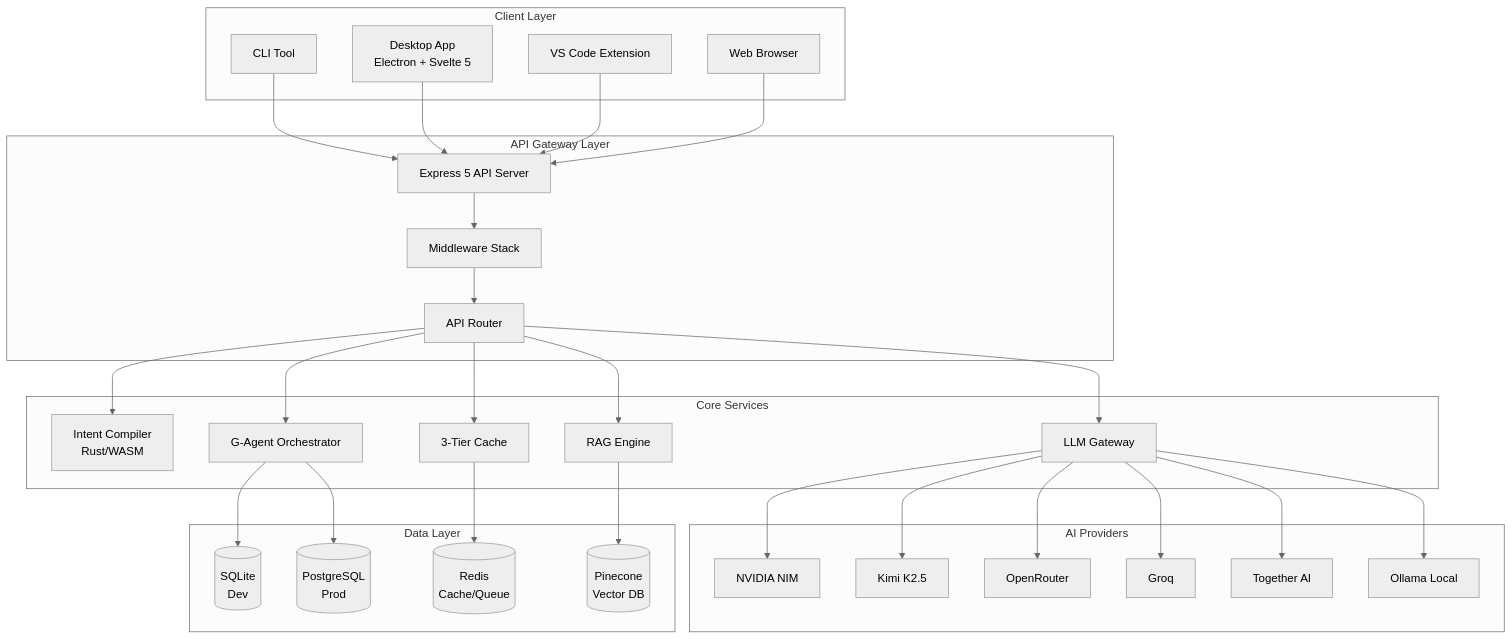
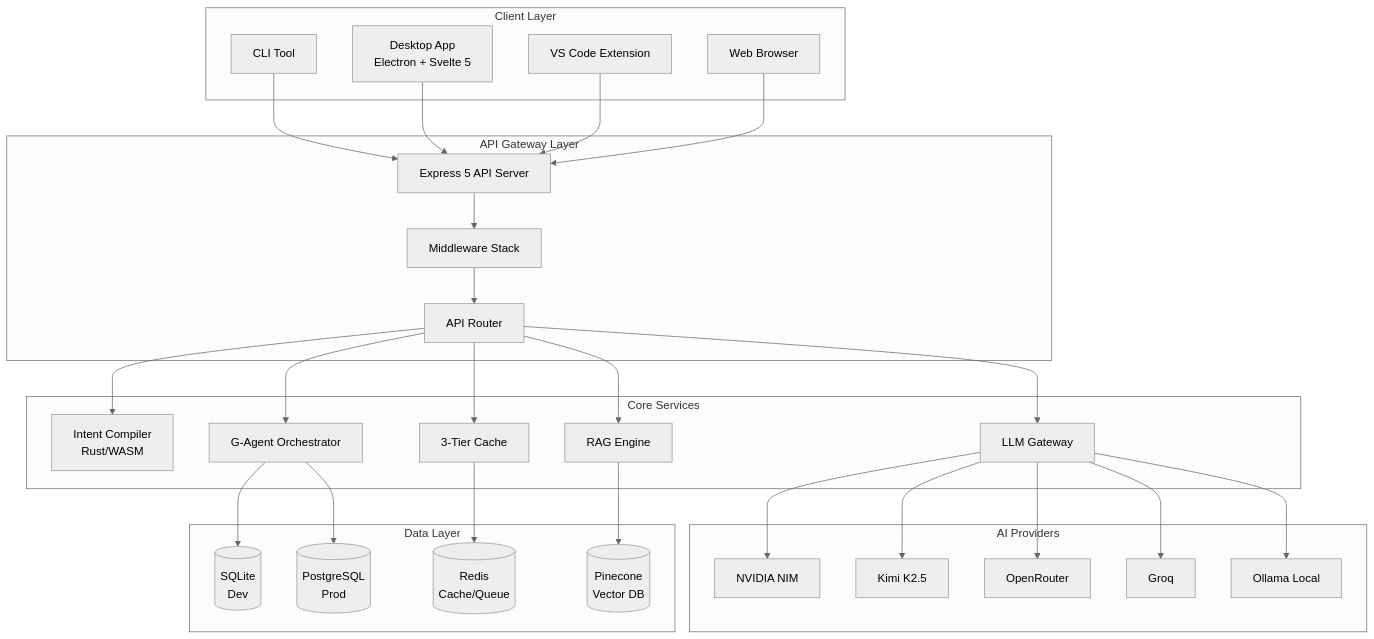
Before and after one commit to Aphrodine-wq/GRUMPCO: the first of 3 diagrams in docs/ARCHITECTURE.md, drawn with Mermaid (neutral theme). The commit also changed other lines of this file and 33 other files, not shown here.

````diff
--- a/docs/ARCHITECTURE.md
+++ b/docs/ARCHITECTURE.md
@@ -40,64 +40,62 @@
 ```mermaid
 graph TB
     subgraph "Client Layer"
         CLI[CLI Tool]
         Desktop[Desktop App<br/>Electron + Svelte 5]
         VSCode[VS Code Extension]
         Web[Web Browser]
     end
 
     subgraph "API Gateway Layer"
         Express[Express 5 API Server]
         Middleware[Middleware Stack]
         Router[API Router]
     end
 
     subgraph "Core Services"
         Intent[Intent Compiler<br/>Rust/WASM]
         LLMRouter[LLM Gateway]
         Cache[3-Tier Cache]
         RAG[RAG Engine]
         Agents[G-Agent Orchestrator]
     end
 
     subgraph "AI Providers"
         NIM[NVIDIA NIM]
         Kimi[Kimi K2.5]
         OpenRouter[OpenRouter]
         Groq[Groq]
-        Together[Together AI]
         Ollama[Ollama Local]
     end
 
     subgraph "Data Layer"
         SQLite[(SQLite<br/>Dev)]
         Postgres[(PostgreSQL<br/>Prod)]
         Redis[(Redis<br/>Cache/Queue)]
         Pinecone[(Pinecone<br/>Vector DB)]
     end
 
     CLI --> Express
     Desktop --> Express
     VSCode --> Express
     Web --> Express
 
     Express --> Middleware
     Middleware --> Router
     Router --> Intent
     Router --> LLMRouter
     Router --> Cache
     Router --> RAG
     Router --> Agents
 
     LLMRouter --> NIM
     LLMRouter --> Kimi
     LLMRouter --> OpenRouter
     LLMRouter --> Groq
-    LLMRouter --> Together
     LLMRouter --> Ollama
 
     Agents --> SQLite
     Agents --> Postgres
     Cache --> Redis
     RAG --> Pinecone
 ```
````
